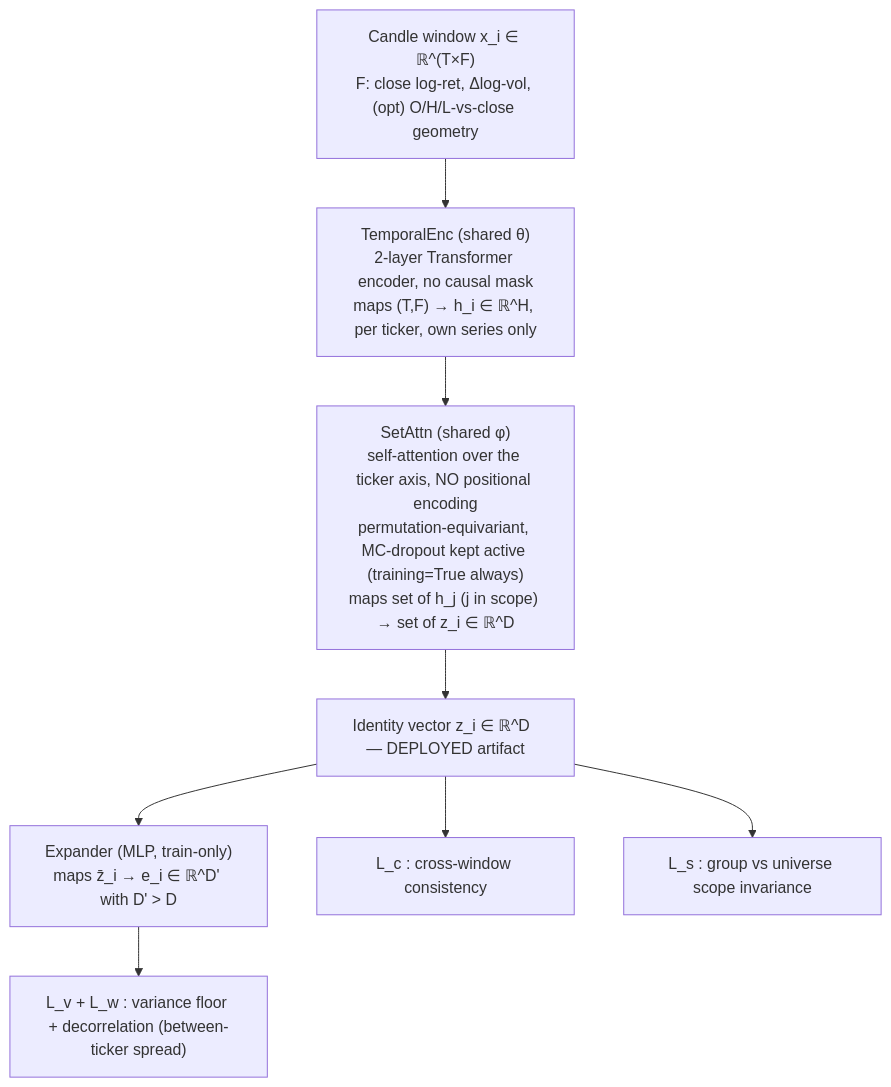
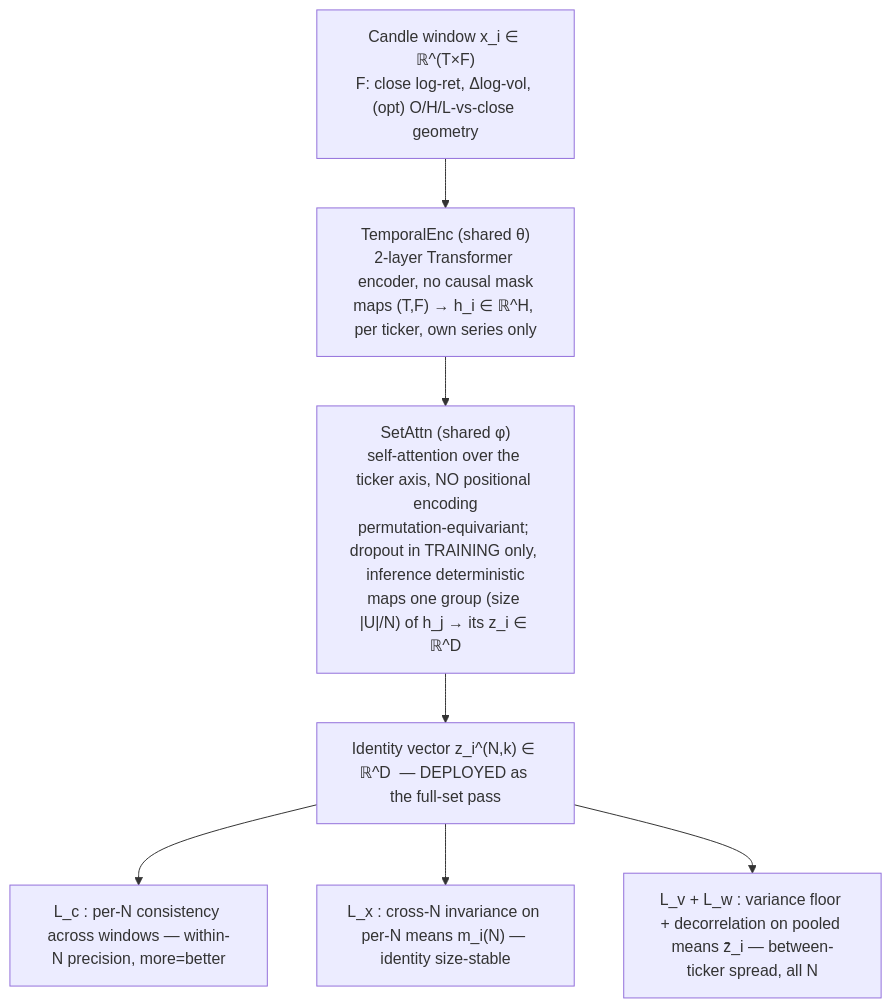
Before and after one commit to hpnyaggerman/stonks: the first of 2 diagrams in stock_identity.md, drawn with Mermaid. The commit also changed other lines of this file, not shown here.

Commit message:
Update stock identity doc

````diff
--- a/stock_identity.md
+++ b/stock_identity.md
@@ -66,15 +67,14 @@
 ```mermaid
 flowchart TD
   X["Candle window x_i ∈ ℝ^(T×F)<br/>F: close log-ret, Δlog-vol, (opt) O/H/L-vs-close geometry"]
   TE["TemporalEnc (shared θ)<br/>2-layer Transformer encoder, no causal mask<br/>maps (T,F) → h_i ∈ ℝ^H, per ticker, own series only"]
-  SA["SetAttn (shared φ)<br/>self-attention over the ticker axis, NO positional encoding<br/>permutation-equivariant, MC-dropout kept active (training=True always)<br/>maps set of h_j (j in scope) → set of z_i ∈ ℝ^D"]
-  Z["Identity vector z_i ∈ ℝ^D  — DEPLOYED artifact"]
-  EX["Expander (MLP, train-only)<br/>maps z̄_i → e_i ∈ ℝ^D' with D' > D"]
-  LV["L_v + L_w : variance floor + decorrelation (between-ticker spread)"]
-  LC["L_c : cross-window consistency"]
-  LS["L_s : group vs universe scope invariance"]
+  SA["SetAttn (shared φ)<br/>self-attention over the ticker axis, NO positional encoding<br/>permutation-equivariant; dropout in TRAINING only, inference deterministic<br/>maps one group (size |U|/N) of h_j → its z_i ∈ ℝ^D"]
+  Z["Identity vector z_i^(N,k) ∈ ℝ^D  — DEPLOYED as the full-set pass"]
+  LC["L_c : per-N consistency across windows — within-N precision, more=better"]
+  LX["L_x : cross-N invariance on per-N means m_i(N) — identity size-stable"]
+  LV["L_v + L_w : variance floor + decorrelation on pooled means z̄_i — between-ticker spread, all N"]
   X --> TE --> SA --> Z
-  Z --> EX --> LV
   Z --> LC
-  Z --> LS
+  Z --> LX
+  Z --> LV
 ```
````
